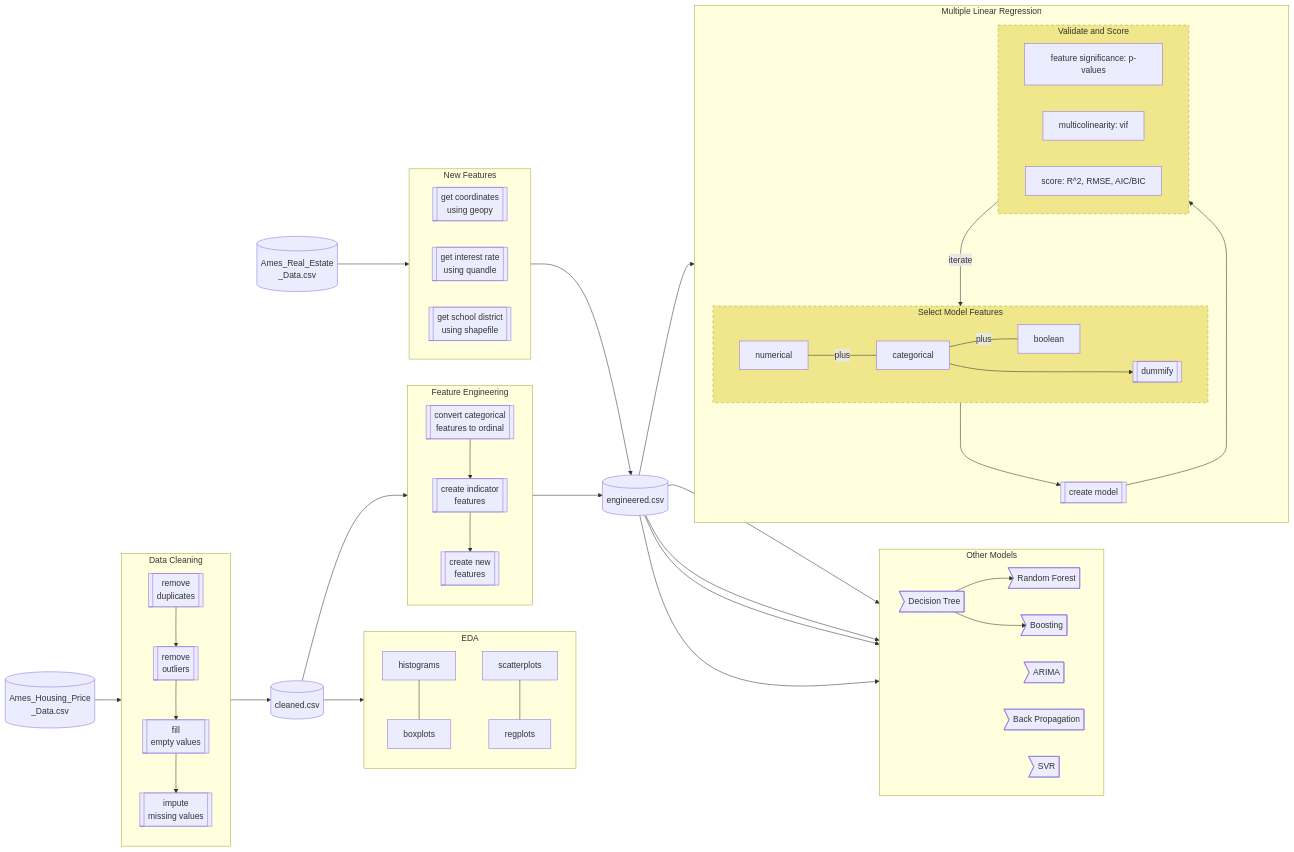
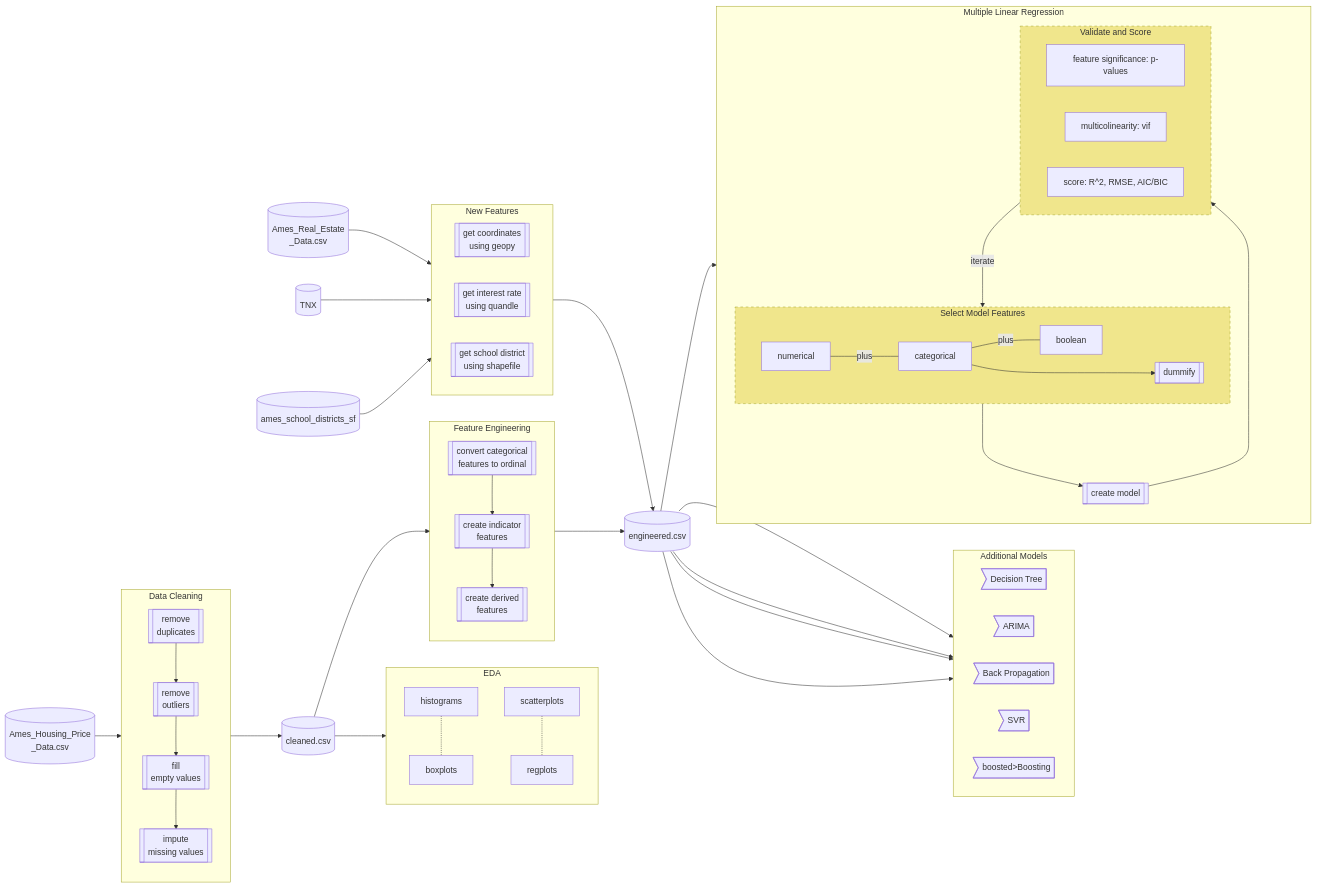
The diagram in project-management/process.md (rishigoutam/ames-iowa), drawn with Mermaid before and after one commit.

````diff
--- a/project-management/process.md
+++ b/project-management/process.md
@@ -5,6 +5,8 @@
 ```mermaid
 flowchart LR
     d_r[(Ames_Real_Estate\n_Data.csv)]-->geo
+    d_TNX[(TNX)]-->geo
+    d_shapefile[(ames_school_districts_sf)]-->geo
     
     subgraph geo [New Features <various R/python>]
         direction LR
@@ -31,16 +33,16 @@
         direction TB
         ordinate[[convert categorical \nfeatures to ordinal]]-->indicator
         indicator[[create indicator \nfeatures]]-->new
-        new[[create new \nfeatures]]
+        new[[create derived \nfeatures]]
     end
     
     d_c-->encode-->d_e[(engineered.csv)]
     
     subgraph eda [EDA <eda.ipynb, eda.R>]
         direction TB
-        histograms---
+        histograms-.-
         boxplots
-        scatterplots---
+        scatterplots-.-
         regplots
     end
     
@@ -67,15 +69,15 @@
         
     end
     
-    subgraph algo [Other Models]
+    subgraph algo [Additional Models]
         direction LR
         decision_tree>Decision Tree]
         arima>ARIMA]
         backprop>Back Propagation]
         svr>SVR]
         
-        decision_tree-->random_forest>Random Forest]
-        decision_tree-->boosted>Boosting]
+        decision_tree.->random_forest>Random Forest]
+        decision_tree.->boosted>Boosting]
     end
     
     d_c-->eda
````
